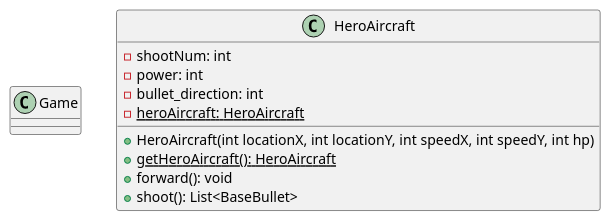
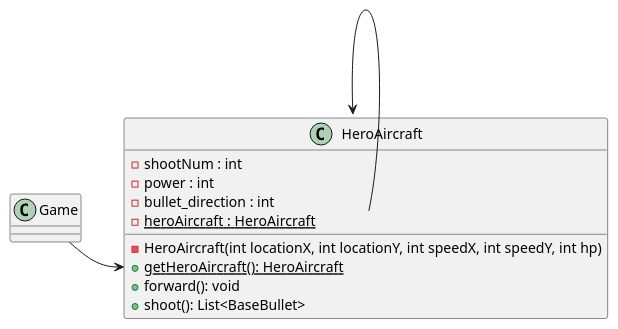
One commit to Pockern/AircraftWar changed the diagram in uml/heroAircraft_SingletonPattern.puml. Above: the diagram before and after it, drawn with PlantUML. The commit also changed 3 other files, not shown here.

Commit message:
uml changed in exp2

```diff
--- a/uml/heroAircraft_SingletonPattern.puml
+++ b/uml/heroAircraft_SingletonPattern.puml
@@ -1,20 +1,24 @@
 @startuml
 'https://plantuml.com/class-diagram
 
 class Game {
 
 }
 
 class HeroAircraft {
-    - shootNum: int
-    - power: int
-    - bullet_direction: int
-    - {static} heroAircraft: HeroAircraft
+    - shootNum : int
+    - power : int
+    - bullet_direction : int
+    - {static} heroAircraft : HeroAircraft
 
-    + HeroAircraft(int locationX, int locationY, int speedX, int speedY, int hp)
+    - HeroAircraft(int locationX, int locationY, int speedX, int speedY, int hp)
     + {static} getHeroAircraft(): HeroAircraft
     + forward(): void
     + shoot(): List<BaseBullet>
 }
 
+HeroAircraft::heroAircraft --> HeroAircraft
+
+Game -right-> HeroAircraft::getHeroAircraft
+
 @enduml
```
